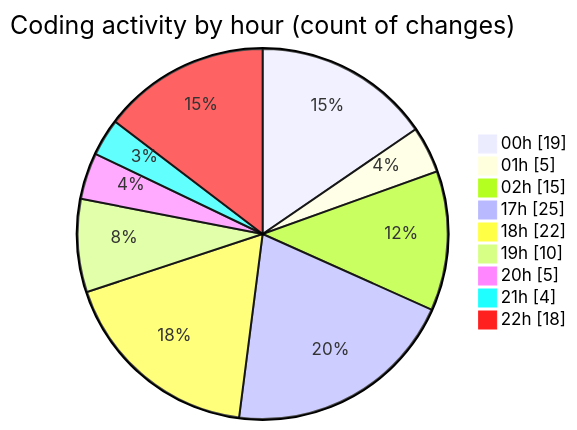
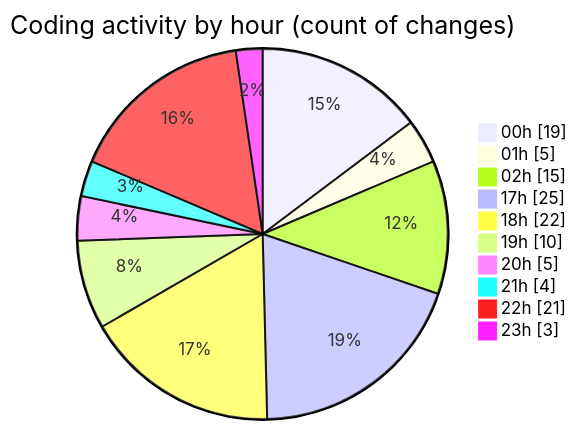
Before and after one commit to Elitesun/code-tracking: the second of 2 diagrams in 2025-02-14/elitegpt/README.md, drawn with Mermaid. The commit also changed other lines of this file and 1 other file, not shown here.

````diff
--- a/2025-02-14/elitegpt/README.md
+++ b/2025-02-14/elitegpt/README.md
@@ -44,13 +44,14 @@
 ```mermaid
 pie showData
 title Coding activity by hour (count of changes)
 "00h" : 19
 "01h" : 5
 "02h" : 15
 "17h" : 25
 "18h" : 22
 "19h" : 10
 "20h" : 5
 "21h" : 4
-"22h" : 18
+"22h" : 21
+"23h" : 3
 ```
````
